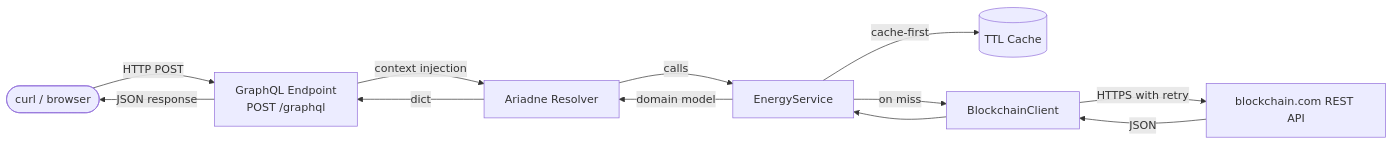
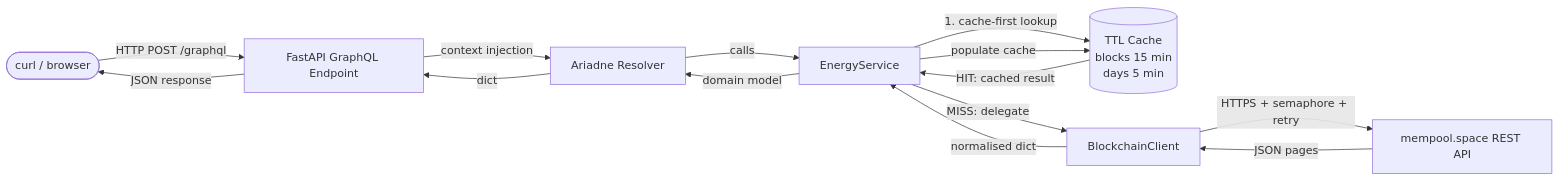
One commit to burakcetindev/sensorfact changed the first of 2 diagrams in docs/system-architecture.md. Above: the diagram before and after it, drawn with Mermaid. The commit also changed other lines of this file and 23 other files, not shown here.

````diff
--- a/docs/system-architecture.md
+++ b/docs/system-architecture.md
@@ -5,14 +5,16 @@
 ```mermaid
 flowchart LR
-    CLI([curl / browser]) -->|HTTP POST| GQL[GraphQL Endpoint\nPOST /graphql]
+    CLI([curl / browser]) -->|HTTP POST /graphql| GQL[FastAPI GraphQL Endpoint]
     GQL -->|context injection| RES[Ariadne Resolver]
     RES -->|calls| SVC[EnergyService]
-    SVC -->|cache-first| CAC[(TTL Cache)]
-    SVC -->|on miss| CLI2[BlockchainClient]
-    CLI2 -->|HTTPS with retry| BCAPI[blockchain.com REST API]
-    BCAPI -->|JSON| CLI2
-    CLI2 --> SVC
+    SVC -->|1. cache-first lookup| CAC[(TTL Cache\nblocks 15 min\ndays 5 min)]
+    CAC -->|HIT: cached result| SVC
+    SVC -->|MISS: delegate| CLI2[BlockchainClient]
+    CLI2 -->|HTTPS + semaphore + retry| MAPI[mempool.space REST API]
+    MAPI -->|JSON pages| CLI2
+    CLI2 -->|normalised dict| SVC
+    SVC -->|populate cache| CAC
     SVC -->|domain model| RES
     RES -->|dict| GQL
     GQL -->|JSON response| CLI
 ```
````
